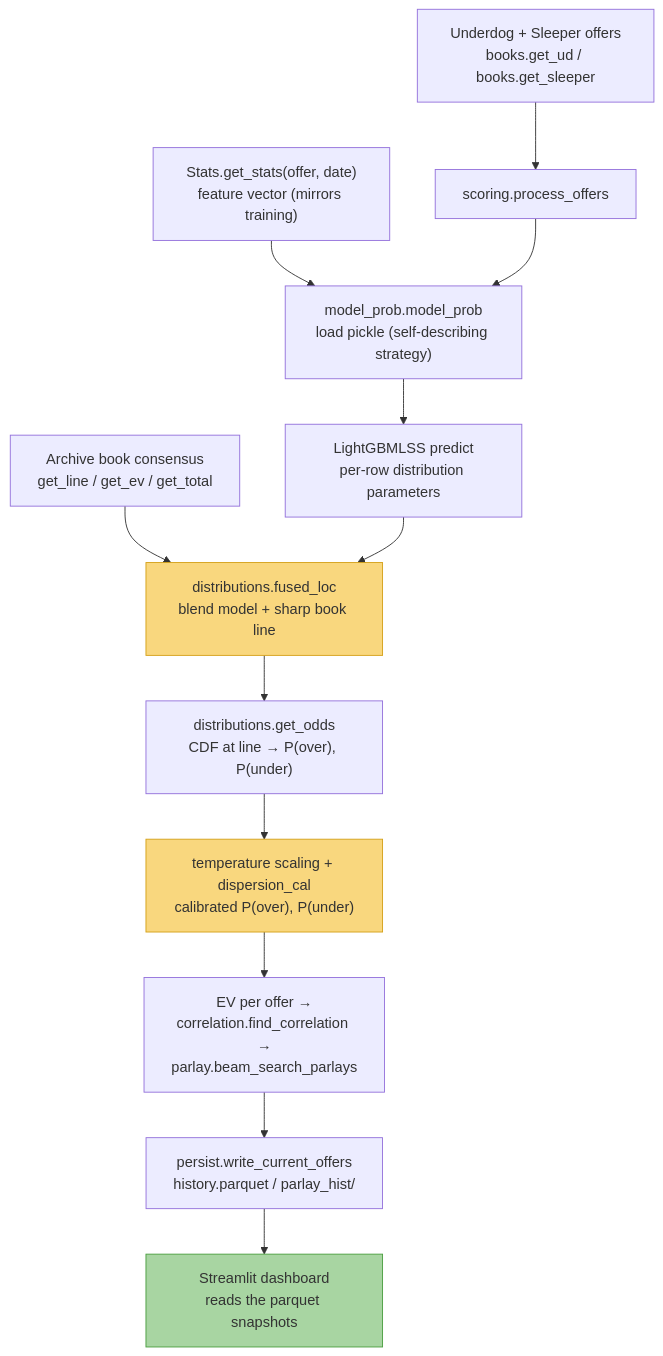
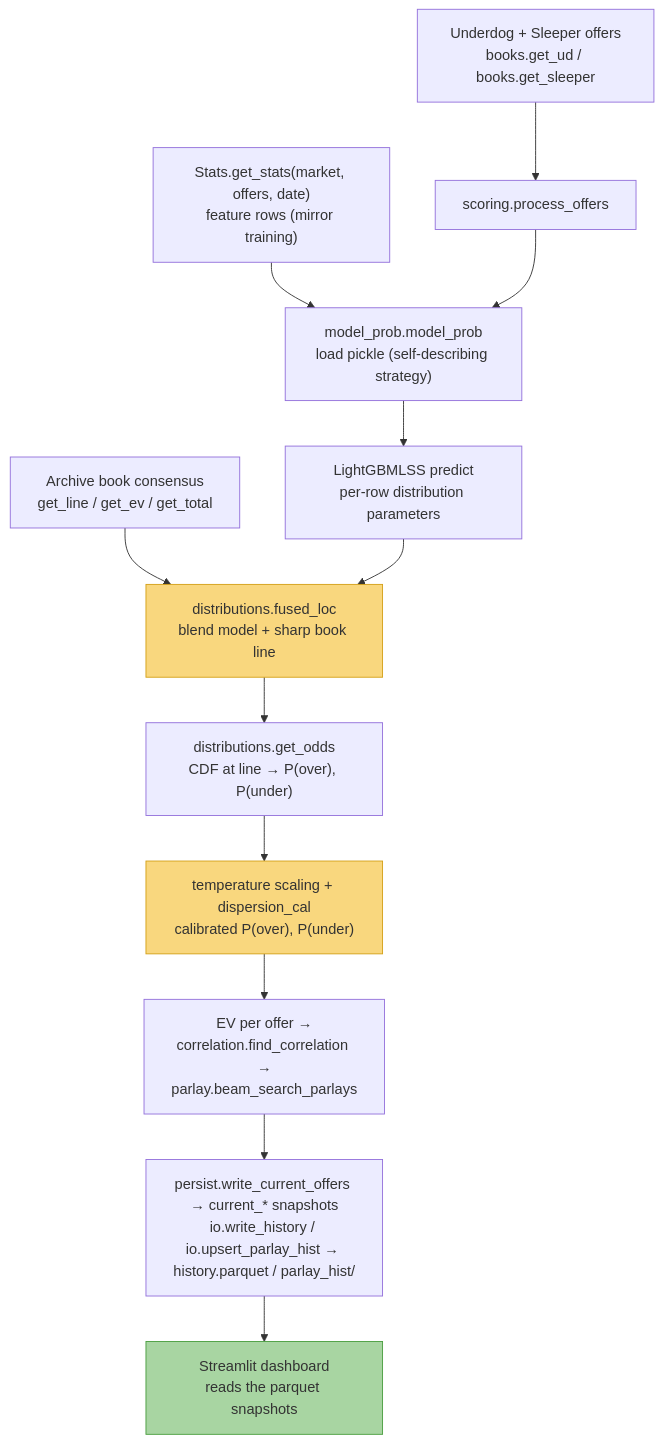
One commit to tjjerome/Sportstradamus changed the second of 2 diagrams in docs/pipeline_diagrams.md. Above: the diagram before and after it, drawn with Mermaid. The commit also changed other lines of this file and 54 other files, not shown here.

````diff
--- a/docs/pipeline_diagrams.md
+++ b/docs/pipeline_diagrams.md
@@ -31,18 +31,18 @@
 ```mermaid
 flowchart TD
     A["Underdog + Sleeper offers<br/>books.get_ud / books.get_sleeper"] --> B["scoring.process_offers"]
-    S["Stats.get_stats(offer, date)<br/>feature vector (mirrors training)"] --> C
+    S["Stats.get_stats(market, offers, date)<br/>feature rows (mirror training)"] --> C
     B --> C["model_prob.model_prob<br/>load pickle (self-describing strategy)"]
     C --> D["LightGBMLSS predict<br/>per-row distribution parameters"]
     AR["Archive book consensus<br/>get_line / get_ev / get_total"] --> E
     D --> E["distributions.fused_loc<br/>blend model + sharp book line"]
     E --> F["distributions.get_odds<br/>CDF at line → P(over), P(under)"]
     F --> G["temperature scaling + dispersion_cal<br/>calibrated P(over), P(under)"]
     G --> H["EV per offer →<br/>correlation.find_correlation →<br/>parlay.beam_search_parlays"]
-    H --> I["persist.write_current_offers<br/>history.parquet / parlay_hist/"]
+    H --> I["persist.write_current_offers → current_* snapshots<br/>io.write_history / io.upsert_parlay_hist → history.parquet / parlay_hist/"]
     I --> J["Streamlit dashboard<br/>reads the parquet snapshots"]
 
     style E fill:#f9d77e,stroke:#d4a017
     style G fill:#f9d77e,stroke:#d4a017
     style J fill:#a8d5a2,stroke:#4a9e3f
 ```
````
